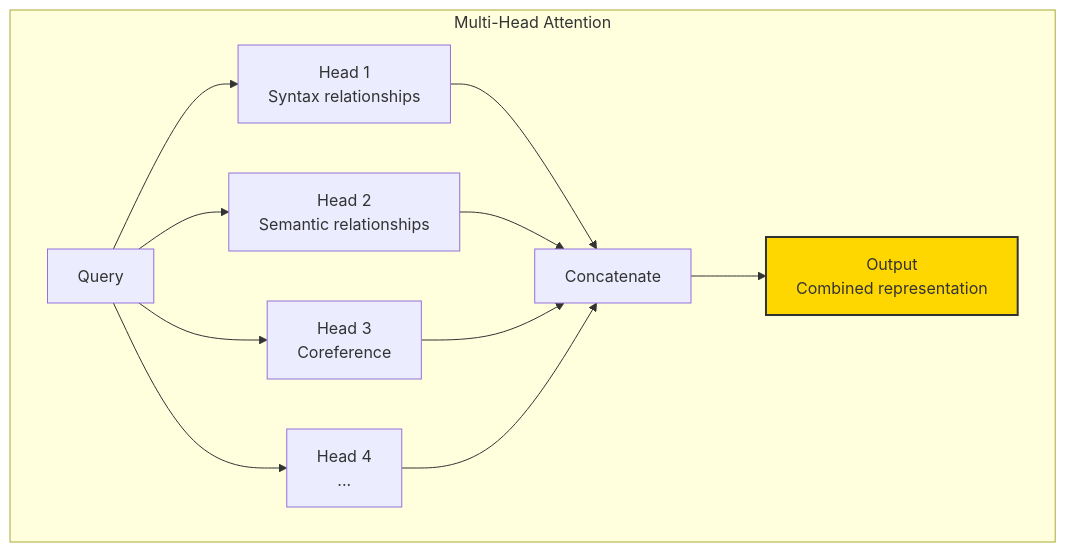
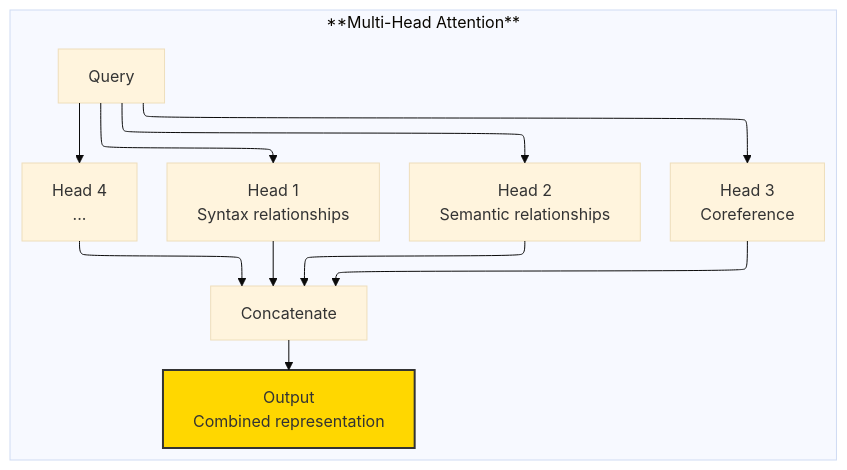
Before and after one commit to Vineet-Sharma-Medium-Stories/Medium-Build-Tool: the third of 5 diagrams in The 2026 AI Metromap/The 2026 AI Metromap: Transformers & Attention – The Station That Changed Everything.md, drawn with Mermaid. The commit also changed other lines of this file and 37 other files, not shown here.

````diff
--- a/The 2026 AI Metromap/The 2026 AI Metromap: Transformers & Attention – The Station That Changed Everything.md
+++ b/The 2026 AI Metromap/The 2026 AI Metromap: Transformers & Attention – The Station That Changed Everything.md
@@ -259,18 +270,23 @@
 ```mermaid
+---
+config:
+  theme: base
+  layout: elk
+---
 graph TD
-    subgraph "Multi-Head Attention"
+    subgraph "**Multi-Head Attention**"
         Q[Query] --> H1[Head 1<br/>Syntax relationships]
         Q --> H2[Head 2<br/>Semantic relationships]
         Q --> H3[Head 3<br/>Coreference]
         Q --> H4[Head 4<br/>...]
         
         H1 --> C[Concatenate]
         H2 --> C
         H3 --> C
         H4 --> C
         
         C --> O[Output<br/>Combined representation]
     end
     
     style O fill:#ffd700,stroke:#333,stroke-width:2px
 ```
````
